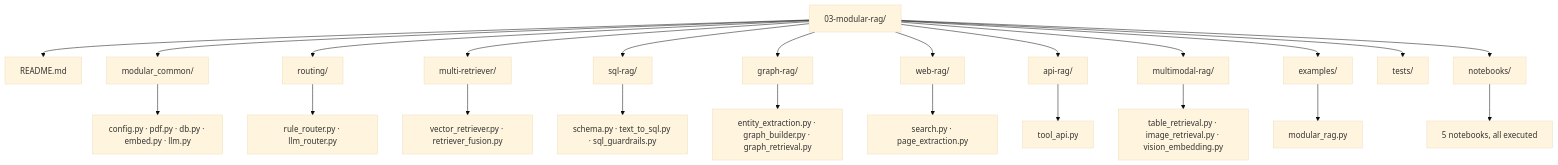
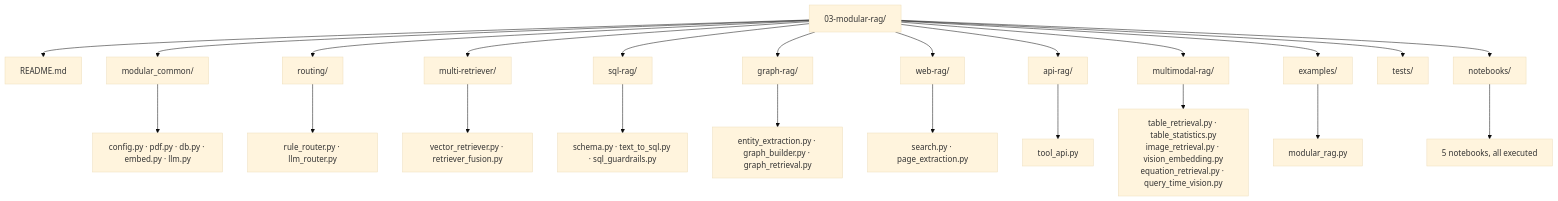
Before and after one commit to YessineZghal/RAG_Specialization_project: the third of 3 diagrams in 03-modular-rag/README.md, drawn with Mermaid (base theme). The commit also changed other lines of this file and 35 other files, not shown here.

First line of the commit message:
Add tests for table statistics, reindexing, and community summarization

````diff
--- a/03-modular-rag/README.md
+++ b/03-modular-rag/README.md
@@ -79,26 +79,26 @@
 ```mermaid
 flowchart TD
     ROOT["03-modular-rag/"] --> README["README.md"]
     ROOT --> MC["modular_common/"]
     ROOT --> ROUTING["routing/"]
     ROOT --> MR["multi-retriever/"]
     ROOT --> SQLR["sql-rag/"]
     ROOT --> GRAPH["graph-rag/"]
     ROOT --> WEB["web-rag/"]
     ROOT --> API["api-rag/"]
     ROOT --> MM["multimodal-rag/"]
     ROOT --> EX["examples/"]
     ROOT --> TESTS["tests/"]
     ROOT --> NB["notebooks/"]
 
     MC --> MC1["config.py · pdf.py · db.py · embed.py · llm.py"]
     ROUTING --> R1["rule_router.py · llm_router.py"]
     MR --> M1["vector_retriever.py · retriever_fusion.py"]
     SQLR --> S1["schema.py · text_to_sql.py · sql_guardrails.py"]
     GRAPH --> G1["entity_extraction.py · graph_builder.py · graph_retrieval.py"]
     WEB --> W1["search.py · page_extraction.py"]
     API --> A1["tool_api.py"]
-    MM --> MM1["table_retrieval.py · image_retrieval.py · vision_embedding.py"]
+    MM --> MM1["table_retrieval.py · table_statistics.py<br/>image_retrieval.py · vision_embedding.py<br/>equation_retrieval.py · query_time_vision.py"]
     EX --> EX1["modular_rag.py"]
     NB --> N1["5 notebooks, all executed"]
 ```
````
